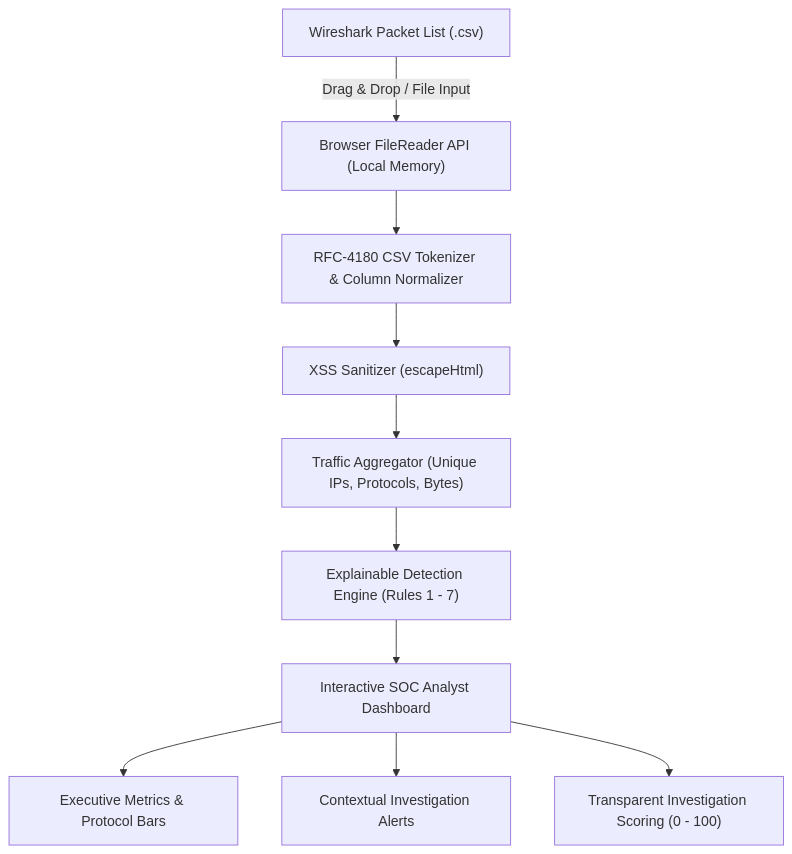
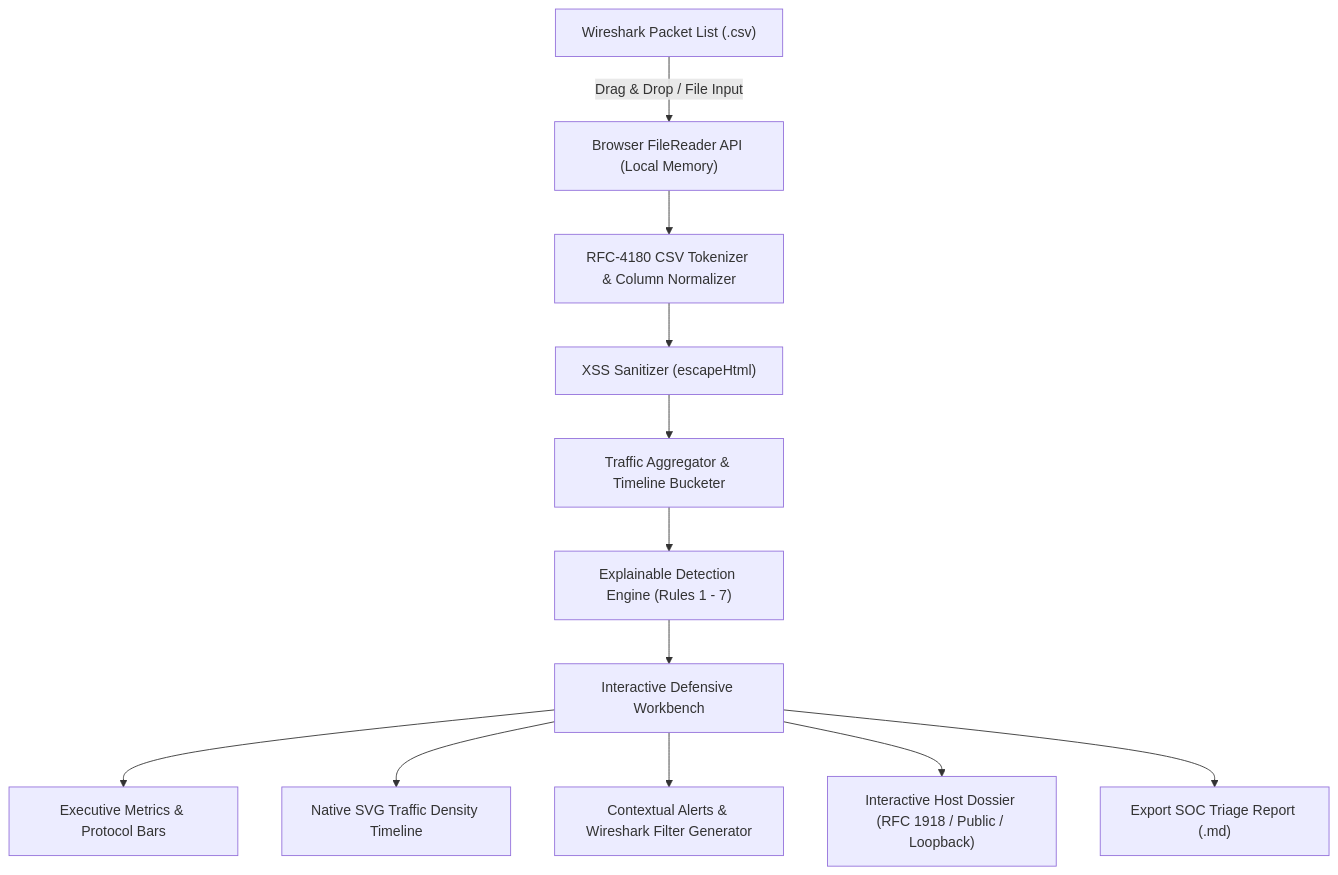
One commit to deswanth12/net-triage changed the diagram in README.md. Above: the diagram before and after it, drawn with Mermaid. The commit also changed other lines of this file and 4 other files, not shown here.

Commit message:
feat: upgrade to defensive network-investigation workbench with report export, wireshark filters, host dossier, and timeline

````diff
--- a/README.md
+++ b/README.md
@@ -36,12 +39,14 @@
 ```mermaid
 flowchart TD
     A["Wireshark Packet List (.csv)"] -->|"Drag & Drop / File Input"| B["Browser FileReader API (Local Memory)"]
     B --> C["RFC-4180 CSV Tokenizer & Column Normalizer"]
     C --> D["XSS Sanitizer (escapeHtml)"]
-    D --> E["Traffic Aggregator (Unique IPs, Protocols, Bytes)"]
+    D --> E["Traffic Aggregator & Timeline Bucketer"]
     E --> F["Explainable Detection Engine (Rules 1 - 7)"]
-    F --> G["Interactive SOC Analyst Dashboard"]
+    F --> G["Interactive Defensive Workbench"]
     G --> H["Executive Metrics & Protocol Bars"]
-    G --> I["Contextual Investigation Alerts"]
-    G --> J["Transparent Investigation Scoring (0 - 100)"]
+    G --> I["Native SVG Traffic Density Timeline"]
+    G --> J["Contextual Alerts & Wireshark Filter Generator"]
+    G --> K["Interactive Host Dossier (RFC 1918 / Public / Loopback)"]
+    G --> L["Export SOC Triage Report (.md)"]
 ```
````
